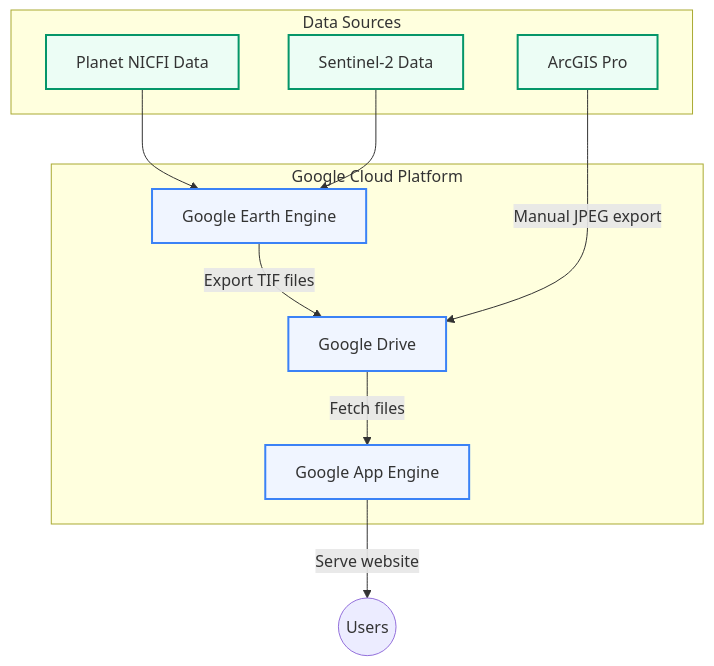
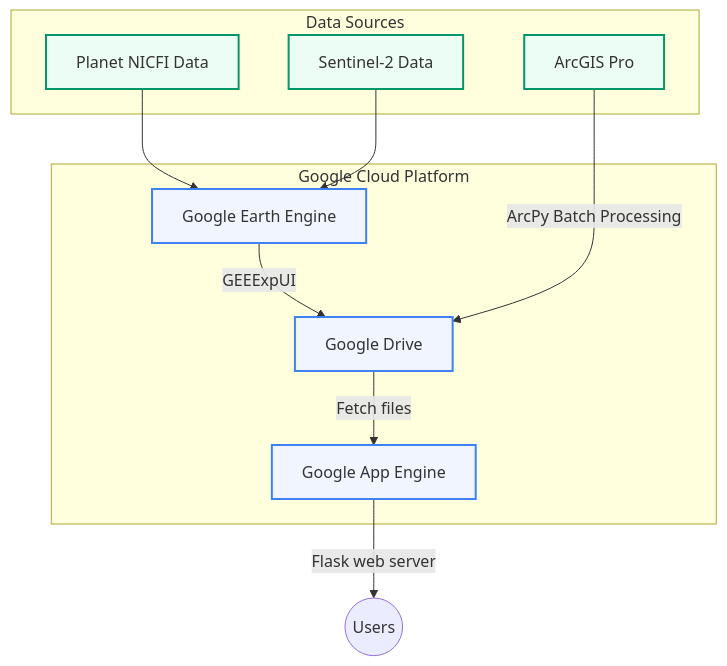
Before and after one commit to wayne-xyz/DPportal: the diagram in README.md, drawn with Mermaid.

Commit message:
update the diagram

````diff
--- a/README.md
+++ b/README.md
@@ -9,32 +9,36 @@
 ```mermaid
+
 graph TD
     subgraph Data Sources
         nicfi[Planet NICFI Data]
         sentinel[Sentinel-2 Data]
         arcgis[ArcGIS Pro]
     end
+
 
     subgraph Google Cloud Platform
         ee[Google Earth Engine]
         drive[Google Drive]
         gae[Google App Engine]
     end
 
     %% Data flow from sources to Earth Engine
     nicfi --> ee
     sentinel --> ee
 
     %% Processing and storage
-    ee -->|Export TIF files| drive
-    arcgis -->|Manual JPEG export| drive
+    ee -->|GEEExpUI| drive
+    arcgis -->|ArcPy Batch Processing| drive
 
     %% Web application
     drive -->|Fetch files| gae
-    gae -->|Serve website| users((Users))
+    gae -->|Flask web server| users((Users))
 
     %% Styling
     classDef cloud fill:#f0f5ff,stroke:#3b82f6,stroke-width:2px
     classDef source fill:#ecfdf5,stroke:#059669,stroke-width:2px
     class ee,drive,gae cloud
     class nicfi,sentinel,arcgis source
+
+
 ```
````
